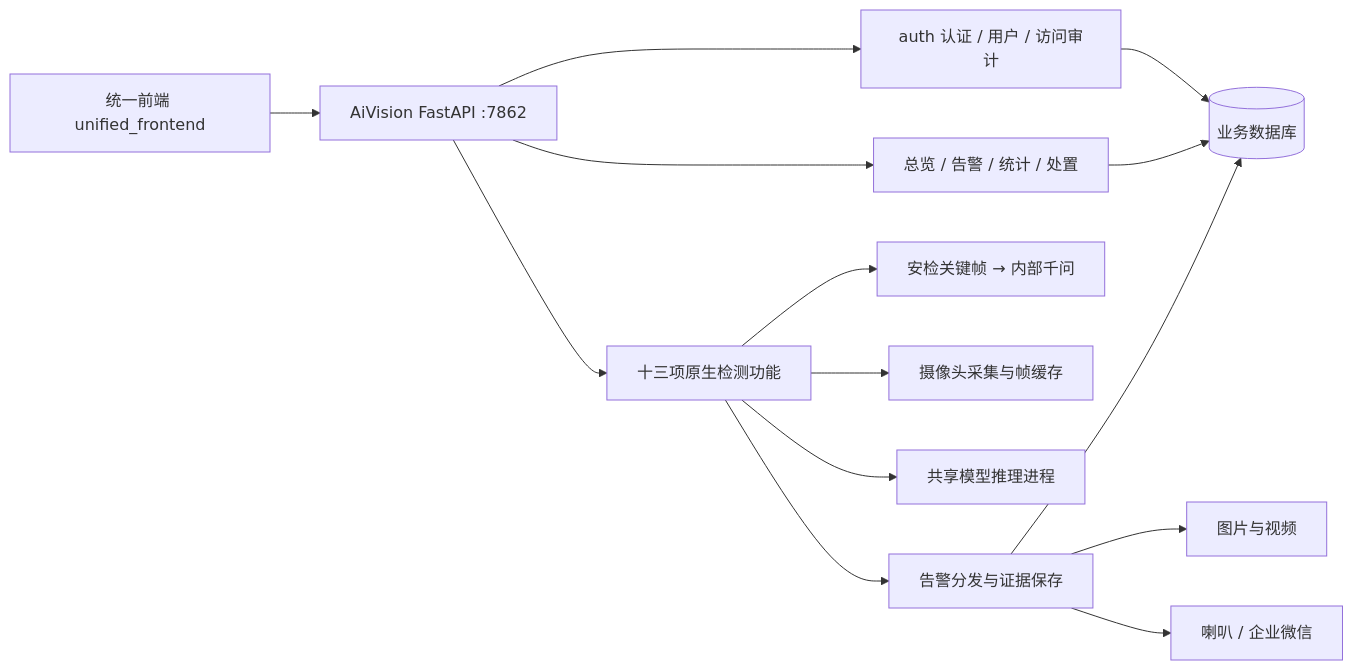
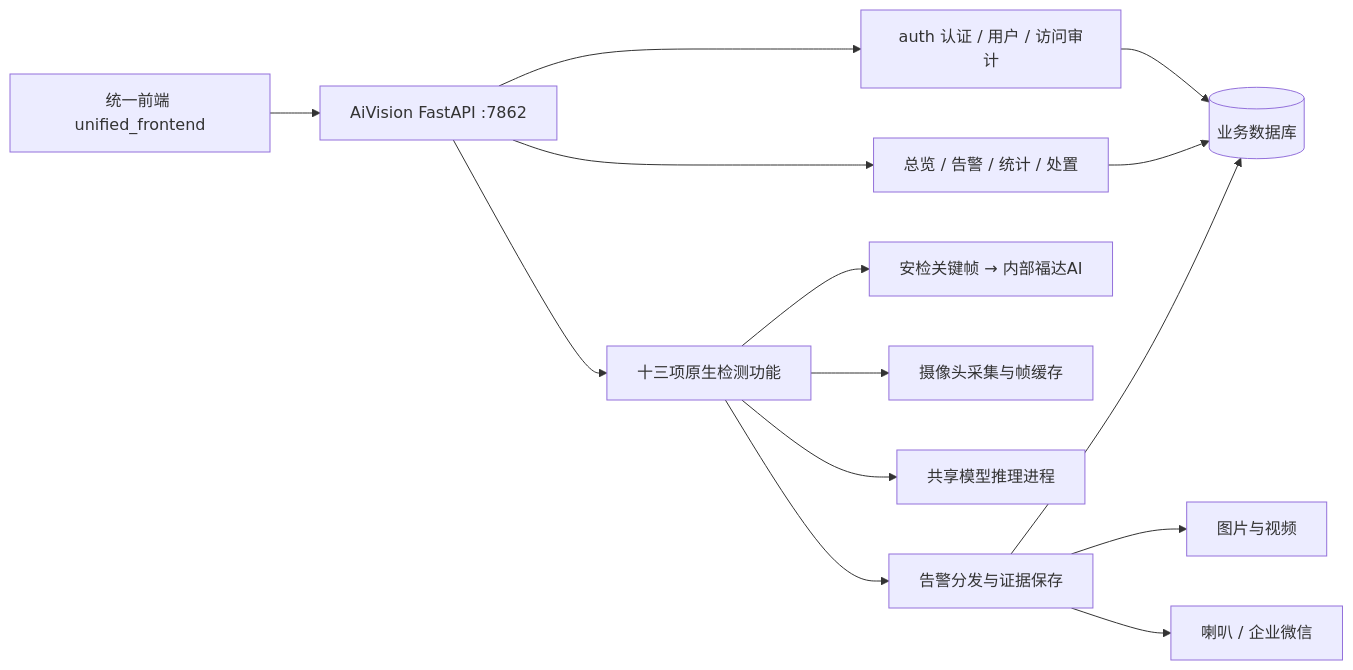
Before and after one commit to asmellperson/CVproject1: the first of 3 diagrams in AiVision/README.md, drawn with Mermaid. The commit also changed other lines of this file and 30 other files, not shown here.

````diff
--- a/AiVision/README.md
+++ b/AiVision/README.md
@@ -29,16 +29,16 @@
 ```mermaid
 flowchart LR
     UI[统一前端 unified_frontend] --> API[AiVision FastAPI :7862]
     API --> Auth[auth 认证 / 用户 / 访问审计]
     API --> Features[十三项原生检测功能]
     API --> Records[总览 / 告警 / 统计 / 处置]
     Auth --> DB
     Records --> DB
-    Features --> Qwen[安检关键帧 → 内部千问]
+    Features --> Qwen[安检关键帧 → 内部福达AI]
     Features --> Cameras[摄像头采集与帧缓存]
     Features --> Models[共享模型推理进程]
     Features --> Alarms[告警分发与证据保存]
     Alarms --> DB[(业务数据库)]
     Alarms --> Media[图片与视频]
     Alarms --> Notify[喇叭 / 企业微信]
 ```
````
